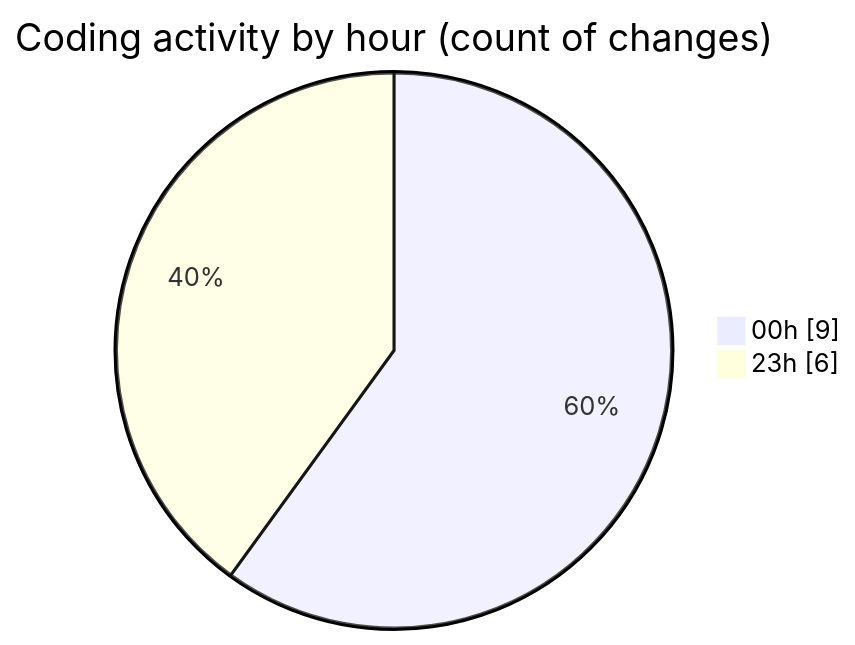
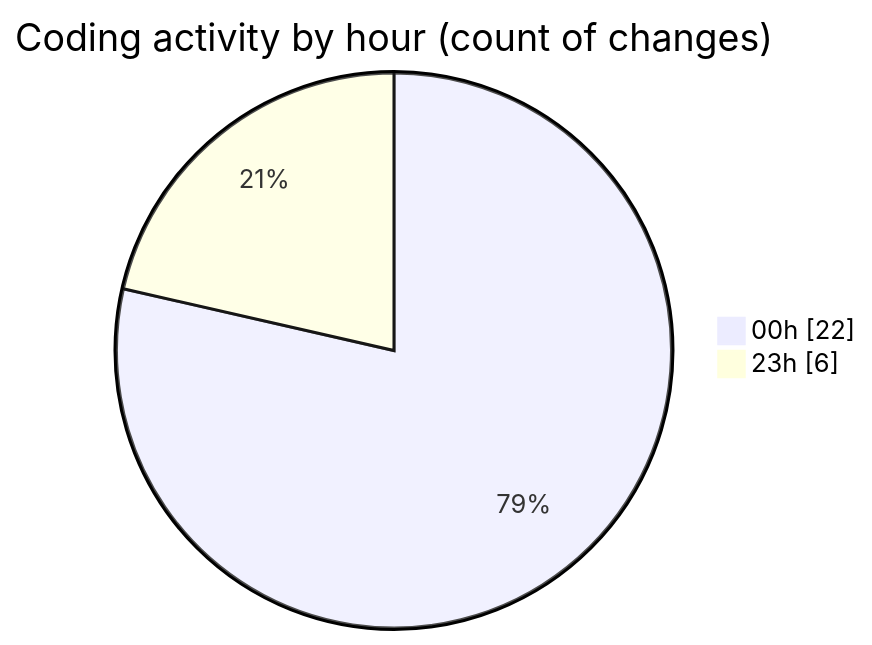
Before and after one commit to Netris89/code-tracking: the second of 2 diagrams in 2025-05-03/date/README.md, drawn with Mermaid. The commit also changed other lines of this file and 1 other file, not shown here.

````diff
--- a/2025-05-03/date/README.md
+++ b/2025-05-03/date/README.md
@@ -33,6 +36,6 @@
 ```mermaid
 pie showData
 title Coding activity by hour (count of changes)
-"00h" : 9
+"00h" : 22
 "23h" : 6
 ```
````
